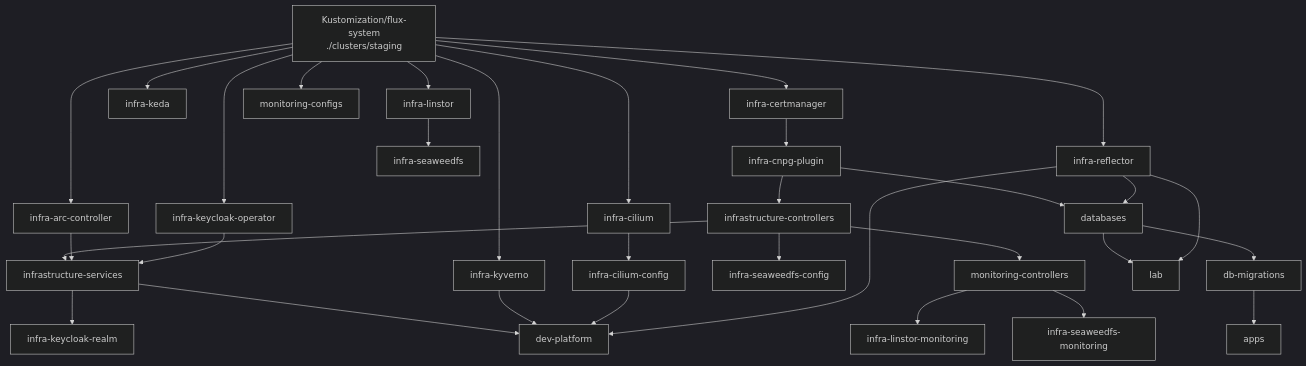
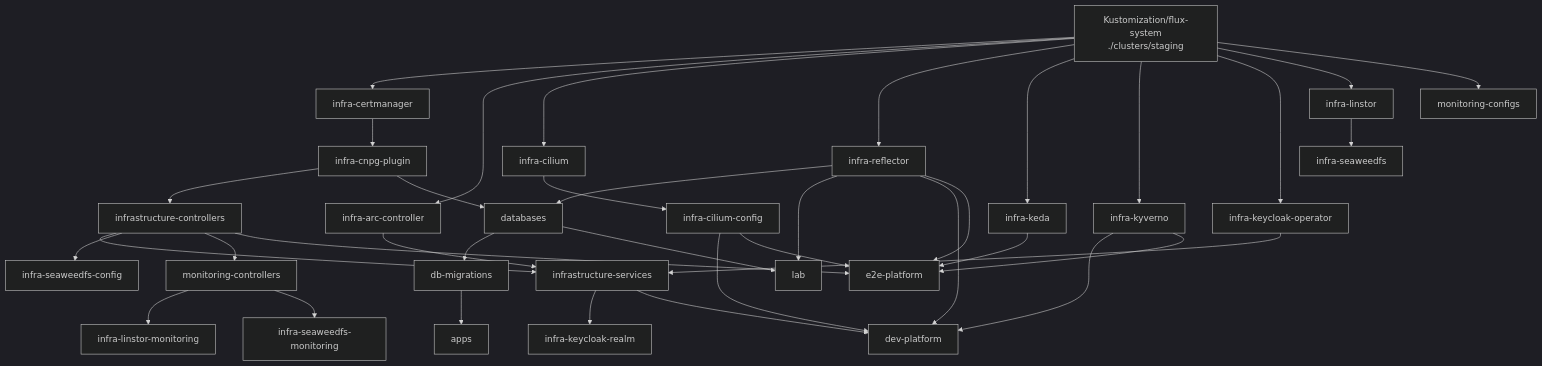
Before and after one commit to eliorion/homelab_v1: the diagram in clusters/README.md, drawn with Mermaid (dark theme). The commit also changed other lines of this file and 35 other files, not shown here.

````diff
--- a/clusters/README.md
+++ b/clusters/README.md
@@ -210,40 +220,46 @@
 ```mermaid
 flowchart TD
     root["Kustomization/flux-system\n./clusters/staging"]
 
     root --> cm["infra-certmanager"]
     root --> arc["infra-arc-controller"]
     root --> cil["infra-cilium"]
     root --> refl["infra-reflector"]
     root --> keda["infra-keda"]
     root --> kyv["infra-kyverno"]
     root --> kco["infra-keycloak-operator"]
     root --> lin["infra-linstor"]
     root --> moncfg["monitoring-configs"]
 
     cm --> plugin["infra-cnpg-plugin"]
     cil --> cilcfg["infra-cilium-config"]
     lin --> sw["infra-seaweedfs"]
     plugin --> ctrl["infrastructure-controllers"]
     ctrl --> svc["infrastructure-services"]
     arc --> svc
     kco --> svc
     svc --> realm["infra-keycloak-realm"]
     ctrl --> swcfg["infra-seaweedfs-config"]
 
     ctrl --> mon["monitoring-controllers"]
     mon --> linmon["infra-linstor-monitoring"]
     mon --> swmon["infra-seaweedfs-monitoring"]
 
     plugin --> db["databases"]
     refl --> db
     db --> mig["db-migrations"]
     mig --> apps["apps"]
     db --> lab["lab"]
     refl --> lab
 
     svc --> devp["dev-platform"]
     kyv --> devp
     cilcfg --> devp
     refl --> devp
+
+    ctrl --> e2e["e2e-platform"]
+    keda --> e2e
+    kyv --> e2e
+    cilcfg --> e2e
+    refl --> e2e
 ```
````
